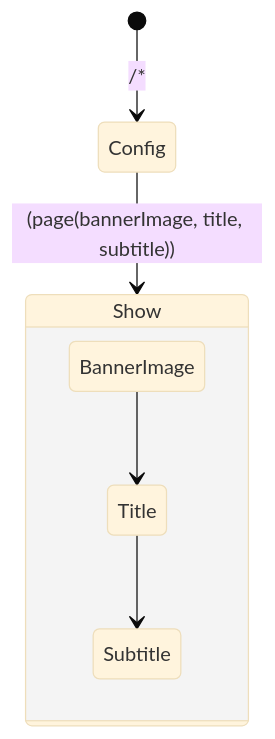
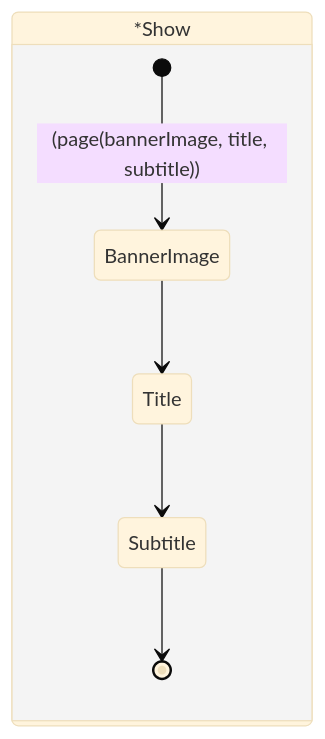
One commit to Wilfongjt/lb-A changed diagram 11 of 21 in README.md. Above: the diagram before and after it, drawn with Mermaid. The commit also changed other lines of this file, not shown here.

````diff
--- a/README.md
+++ b/README.md
@@ -210,13 +186,15 @@
 ```mermaid
+
 %%{init: {'securityLevel': 'loose', 'theme':'base'}}%%
 stateDiagram
-    state Show {
-             
-        BannerImage --> Title
-        Title --> Subtitle
-     }    
-         
-[*] --> Config : /*
-Config --> Show : (page(bannerImage, title, subtitle))
+ 
+ state *Show
+     {
+    [*] --> BannerImage : (page(bannerImage, title, subtitle))
+    BannerImage --> Title
+    Title --> Subtitle
+    Subtitle --> [*]
+  }
+ 
  
 ```
````
